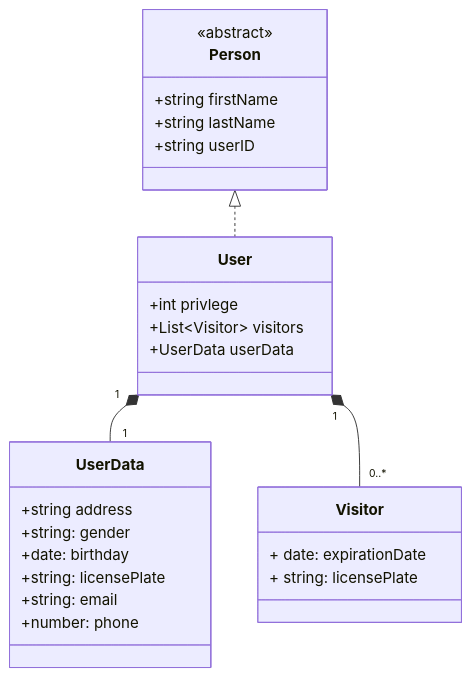
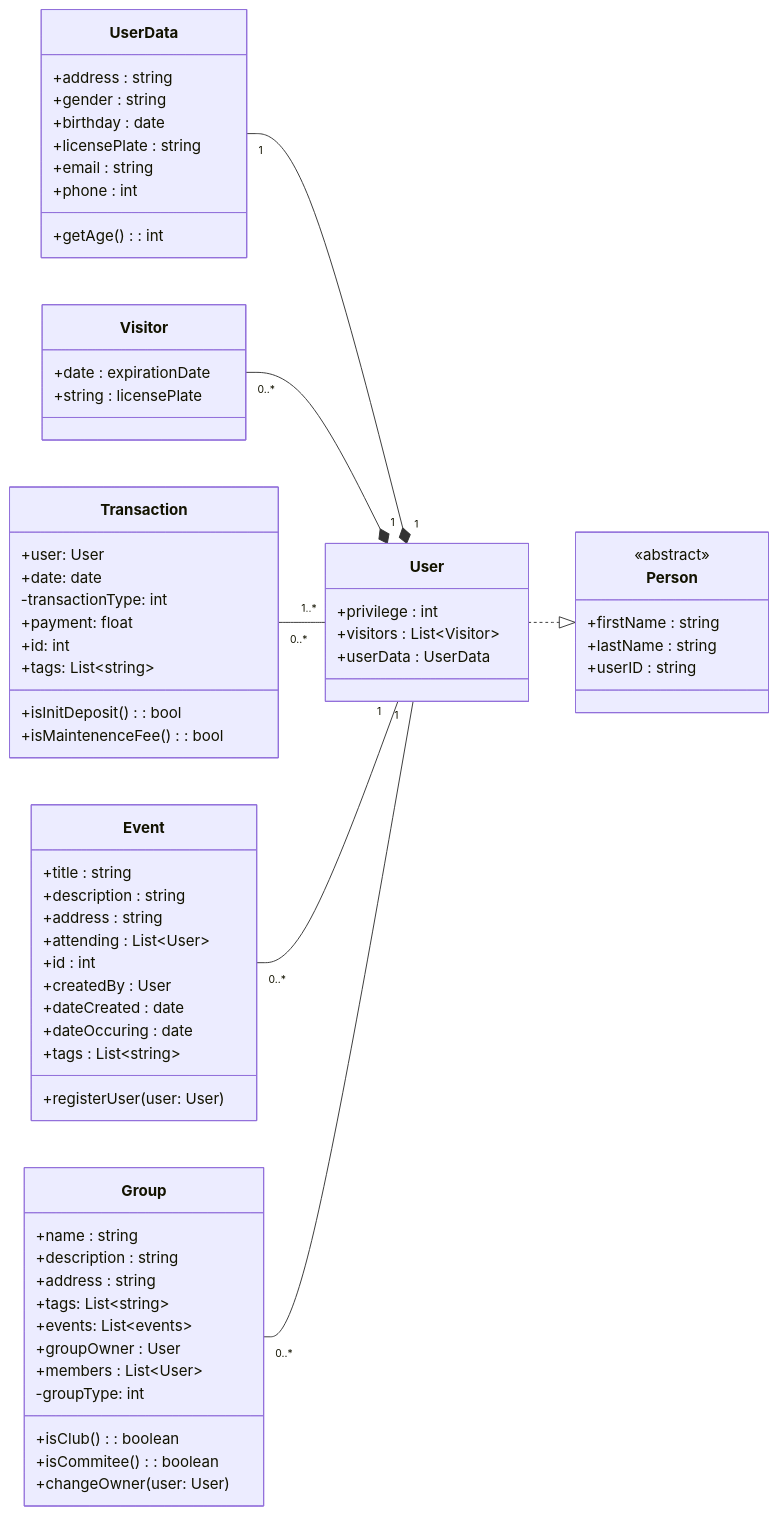
One commit to ADolbyB/community-oasis-dashboard changed the diagram in mermaid/class_diagram.mmd. Above: the diagram before and after it, drawn with Mermaid.

Commit message:
Extended class diagram with events and groups

```diff
--- a/mermaid/class_diagram.mmd
+++ b/mermaid/class_diagram.mmd
@@ -1,32 +1,75 @@
 classDiagram
+	direction RL
 	Person <|.. User
 	User "1" *-- "1" UserData
 	User "1" *-- "0..*" Visitor
+	User "1..*" -- "0..*" Transaction
+	User "1" -- "0..*" Event
+	User "1" -- "0..*" Group
 	
 	class Person {
 	<<abstract>>
-		+string firstName
-		+string lastName
-		+string userID
+		+firstName : string
+		+lastName : string
+		+userID : string
 	}
 
 	class User {
-		+int privlege
-		+List~Visitor~ visitors
-		+UserData userData
+		+privilege : int
+		+visitors : List~Visitor~
+		+userData : UserData
 
 	}
 
 	class UserData {
-		+string address
-		+string: gender
-		+date: birthday
-		+string: licensePlate
-		+string: email
-		+number: phone
+		+address : string
+		+gender : string
+		+birthday : date
+		+licensePlate : string
+		+email : string
+		+phone : int
+		+getAge(): int
 	}
 
 	class Visitor {
-		+ date: expirationDate
-		+ string: licensePlate
+		+date : expirationDate
+		+string : licensePlate
 	}
+
+	class Event {
+		+title : string
+		+description : string
+		+address : string
+		+attending : List~User~
+		+id : int
+		+createdBy : User
+		+dateCreated : date
+		+dateOccuring : date
+		+tags : List~string~
+		+registerUser(user: User)
+	}
+
+	class Transaction {
+		+user: User
+		+date: date
+		-transactionType: int
+		+payment: float
+		+id: int
+		+tags: List~string~
+		+isInitDeposit(): bool
+		+isMaintenenceFee(): bool
+	}
+
+	class Group {
+		+name : string
+		+description : string
+		+address : string
+		+tags: List~string~
+		+events: List~events~
+		+groupOwner : User
+		+members : List~User~
+		-groupType: int
+		+isClub(): boolean
+		+isCommitee(): boolean
+		+changeOwner(user: User)
+	}
```
